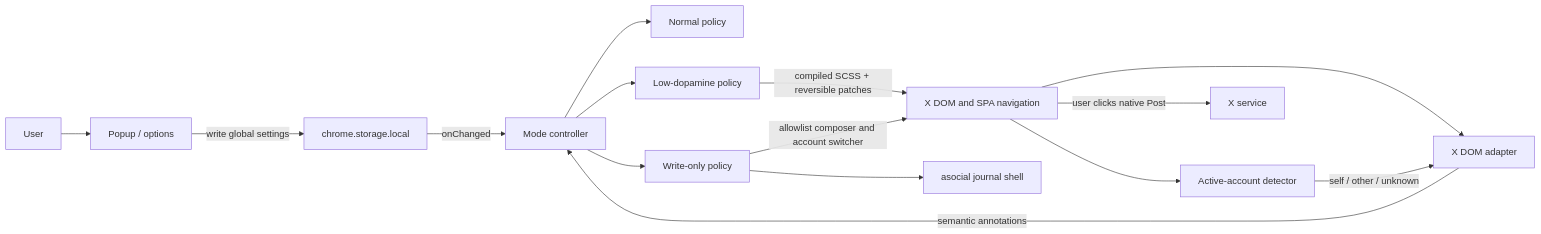
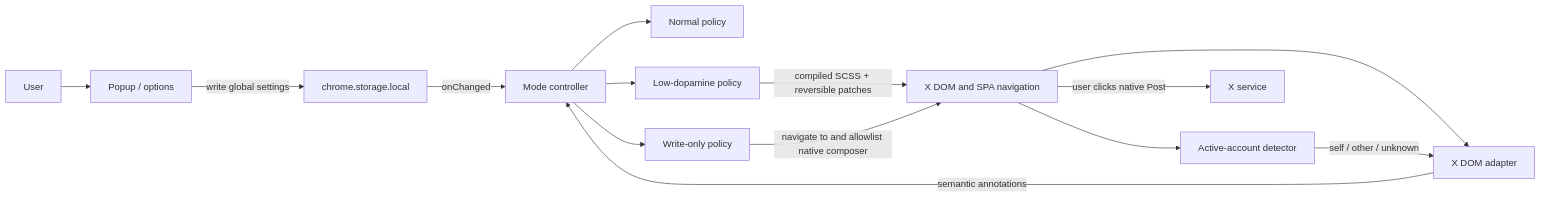
The diagram in docs/ARCHITECTURE.md (cryptofelon/asocial), drawn with Mermaid before and after one commit. The commit also changed other lines of this file and 8 other files, not shown here.

Commit message:
fix: use the native X composer in journal mode

````diff
--- a/docs/ARCHITECTURE.md
+++ b/docs/ARCHITECTURE.md
@@ -196,17 +192,16 @@
 ```mermaid
 flowchart LR
   User[User] --> Popup[Popup / options]
   Popup -->|write global settings| Storage[chrome.storage.local]
   Storage -->|onChanged| Controller[Mode controller]
   X[X DOM and SPA navigation] --> Identity[Active-account detector]
   X --> Adapter[X DOM adapter]
   Identity -->|self / other / unknown| Adapter
   Adapter -->|semantic annotations| Controller
   Controller --> Normal[Normal policy]
   Controller --> Low[Low-dopamine policy]
   Controller --> Write[Write-only policy]
   Low -->|compiled SCSS + reversible patches| X
-  Write --> Shell[asocial journal shell]
-  Write -->|allowlist composer and account switcher| X
+  Write -->|navigate to and allowlist native composer| X
   X -->|user clicks native Post| XService[X service]
 ```
````
